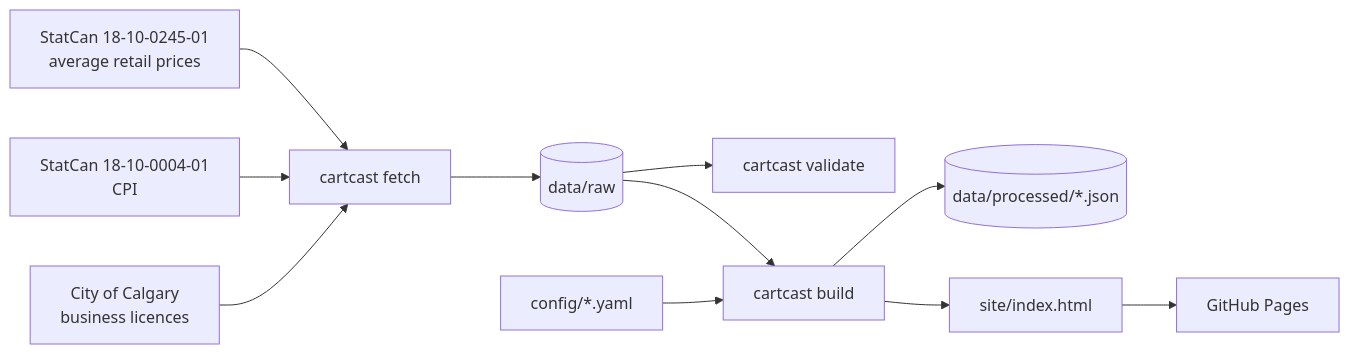
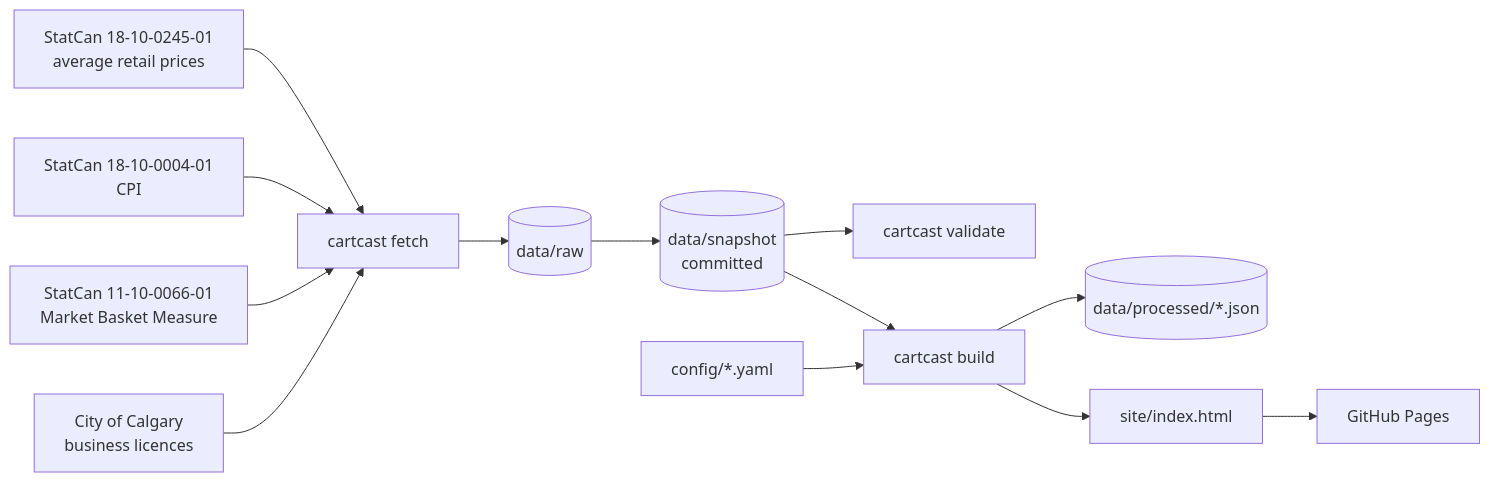
The diagram in README.md (AdrianJulve/cartcast-yyc), drawn with Mermaid before and after one commit. The commit also changed other lines of this file and 23 other files, not shown here.

First line of the commit message:
feat: Calgary data sources and a committed real-data snapshot

````diff
--- a/README.md
+++ b/README.md
@@ -101,13 +112,15 @@
 ```mermaid
 flowchart LR
   A[StatCan 18-10-0245-01<br/>average retail prices] --> F
   B[StatCan 18-10-0004-01<br/>CPI] --> F
+  M[StatCan 11-10-0066-01<br/>Market Basket Measure] --> F
   C[City of Calgary<br/>business licences] --> F
   F[cartcast fetch] --> R[(data/raw)]
-  R --> V[cartcast validate]
-  R --> P[cartcast build]
+  R --> N[(data/snapshot<br/>committed)]
+  N --> V[cartcast validate]
+  N --> P[cartcast build]
   K[config/*.yaml] --> P
   P --> J[(data/processed/*.json)]
   P --> S[site/index.html]
   S --> G[GitHub Pages]
 ```
````
